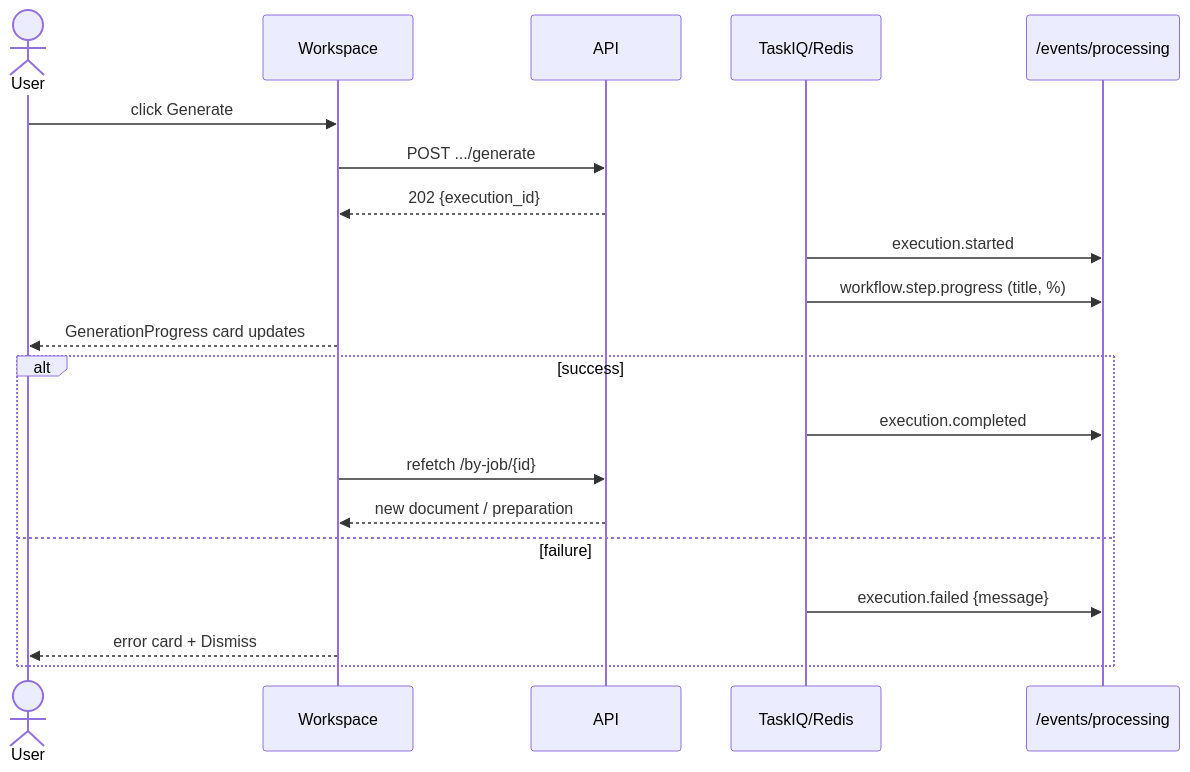
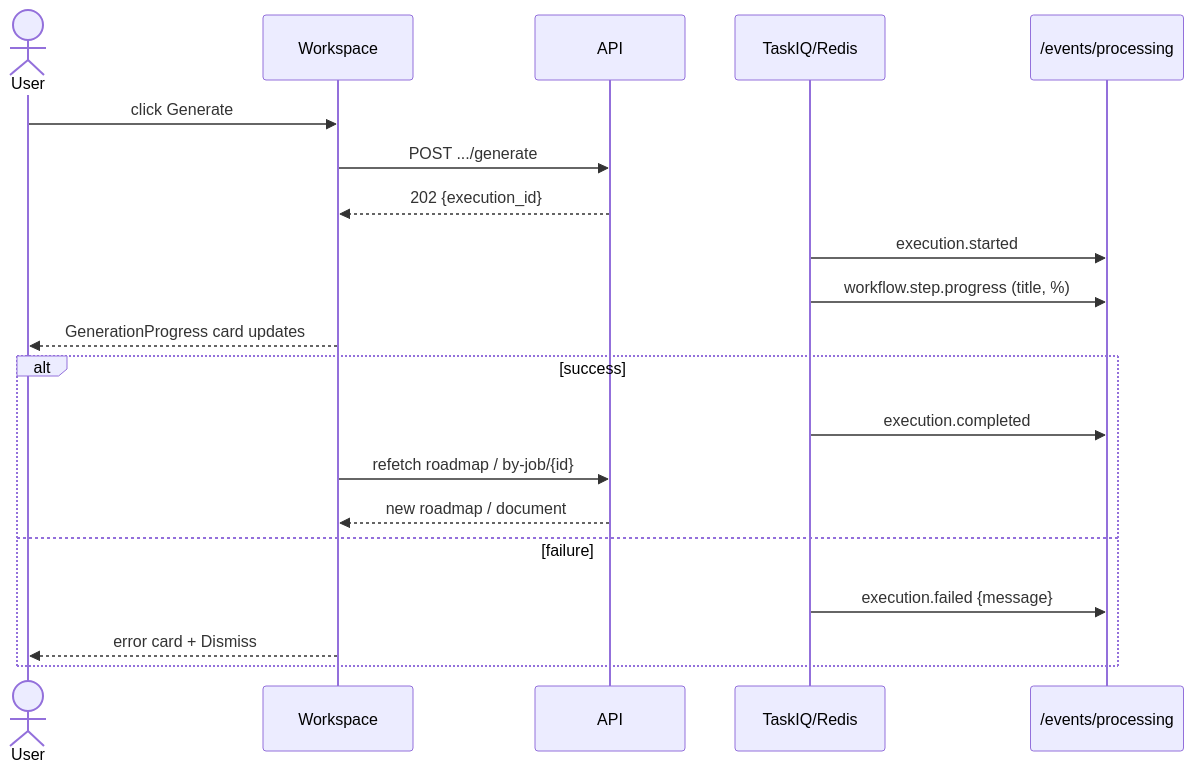
Before and after one commit to hassan-mohagheghian/career-os: the second of 2 diagrams in docs/ux/flows/applications/generate-application-artifacts.md, drawn with Mermaid. The commit also changed other lines of this file and 172 other files, not shown here.

First line of the commit message:
feat(roadmaps): roadmap generation, application intelligence, and legacy execution cleanup

````diff
--- a/docs/ux/flows/applications/generate-application-artifacts.md
+++ b/docs/ux/flows/applications/generate-application-artifacts.md
@@ -81,22 +83,22 @@
 ```mermaid
 sequenceDiagram
     actor U as User
     participant W as Workspace
     participant API as API
     participant Q as TaskIQ/Redis
     participant SSE as /events/processing
     U->>W: click Generate
     W->>API: POST .../generate
     API-->>W: 202 {execution_id}
     Q->>SSE: execution.started
     Q->>SSE: workflow.step.progress (title, %)
     W-->>U: GenerationProgress card updates
     alt success
         Q->>SSE: execution.completed
-        W->>API: refetch /by-job/{id}
-        API-->>W: new document / preparation
+        W->>API: refetch roadmap / by-job/{id}
+        API-->>W: new roadmap / document
     else failure
         Q->>SSE: execution.failed {message}
         W-->>U: error card + Dismiss
     end
 ```
````
